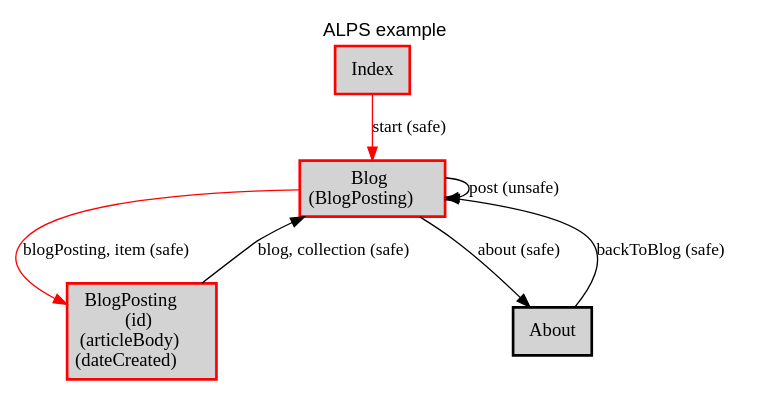
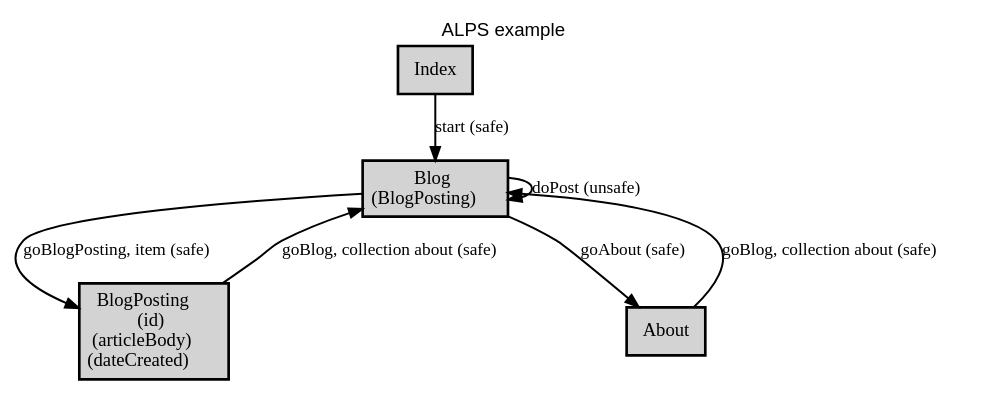
The diagram in docs/filter/tag_profile.dot (alps-asd/app-state-diagram), drawn with Graphviz before and after one commit. The commit also changed 39 other files, not shown here.

```diff
--- a/docs/filter/tag_profile.dot
+++ b/docs/filter/tag_profile.dot
@@ -1,23 +1,23 @@
 digraph application_state_diagram {
   graph [
     labelloc="t";
     fontname="Helvetica"
     label="ALPS example";
     URL="index.html" target="_parent"
   ];
   node [shape = box, style = "bold,filled" fillcolor="lightgray"];
 
-    Blog [margin=0.02, label=<<table cellspacing="0" cellpadding="5" border="0"><tr><td>Blog<br />(BlogPosting)<br /></td></tr></table>>,shape=box URL="docs/semantic.Blog.html" target="_parent" color="red"]
-    BlogPosting [margin=0.02, label=<<table cellspacing="0" cellpadding="5" border="0"><tr><td>BlogPosting<br />(id)<br />(articleBody)<br />(dateCreated)<br /></td></tr></table>>,shape=box URL="docs/semantic.BlogPosting.html" target="_parent" color="red"]
+    Blog [margin=0.02, label=<<table cellspacing="0" cellpadding="5" border="0"><tr><td>Blog<br />(BlogPosting)<br /></td></tr></table>>,shape=box URL="#Blog" target="_parent"]
+    BlogPosting [margin=0.02, label=<<table cellspacing="0" cellpadding="5" border="0"><tr><td>BlogPosting<br />(id)<br />(articleBody)<br />(dateCreated)<br /></td></tr></table>>,shape=box URL="#BlogPosting" target="_parent"]
 
-    About -> Blog [label = <backToBlog (safe)> URL="docs/safe.backToBlog.html" target="_parent" fontsize=13];
-    Blog -> About [label = <about (safe)> URL="docs/safe.about.html" target="_parent" fontsize=13];
-    Blog -> Blog [label = <post (unsafe)> URL="docs/unsafe.post.html" target="_parent" fontsize=13];
-    Blog -> BlogPosting [label = <blogPosting, item (safe)> URL="docs/safe.blogPosting.html" target="_parent" fontsize=13 color="red"];
-    BlogPosting -> Blog [label = <blog, collection (safe)> URL="docs/safe.blog.html" target="_parent" fontsize=13];
-    Index -> Blog [label = <start (safe)> URL="docs/safe.start.html" target="_parent" fontsize=13 color="red"];
+    About -> Blog [label = <goBlog, collection about (safe)> URL="#goBlog" target="_parent" fontsize=13 class="goBlog" penwidth=1.5];
+    Blog -> About [label = <goAbout (safe)> URL="#goAbout" target="_parent" fontsize=13 class="goAbout" penwidth=1.5];
+    Blog -> Blog [label = <doPost (unsafe)> URL="#doPost" target="_parent" fontsize=13 class="doPost" penwidth=1.5];
+    Blog -> BlogPosting [label = <goBlogPosting, item (safe)> URL="#goBlogPosting" target="_parent" fontsize=13 class="goBlogPosting" penwidth=1.5];
+    BlogPosting -> Blog [label = <goBlog, collection about (safe)> URL="#goBlog" target="_parent" fontsize=13 class="goBlog" penwidth=1.5];
+    Index -> Blog [label = <start (safe)> URL="#start" target="_parent" fontsize=13 class="start" penwidth=1.5];
 
-    Index [label = <Index> URL="docs/semantic.Index.html" target="_parent" color="red"]
-    About [label = <About> URL="docs/semantic.About.html" target="_parent"]
+    About [label = <About> URL="#About" target="_parent"]
+    Index [label = <Index> URL="#Index" target="_parent"]
 
 }
```
